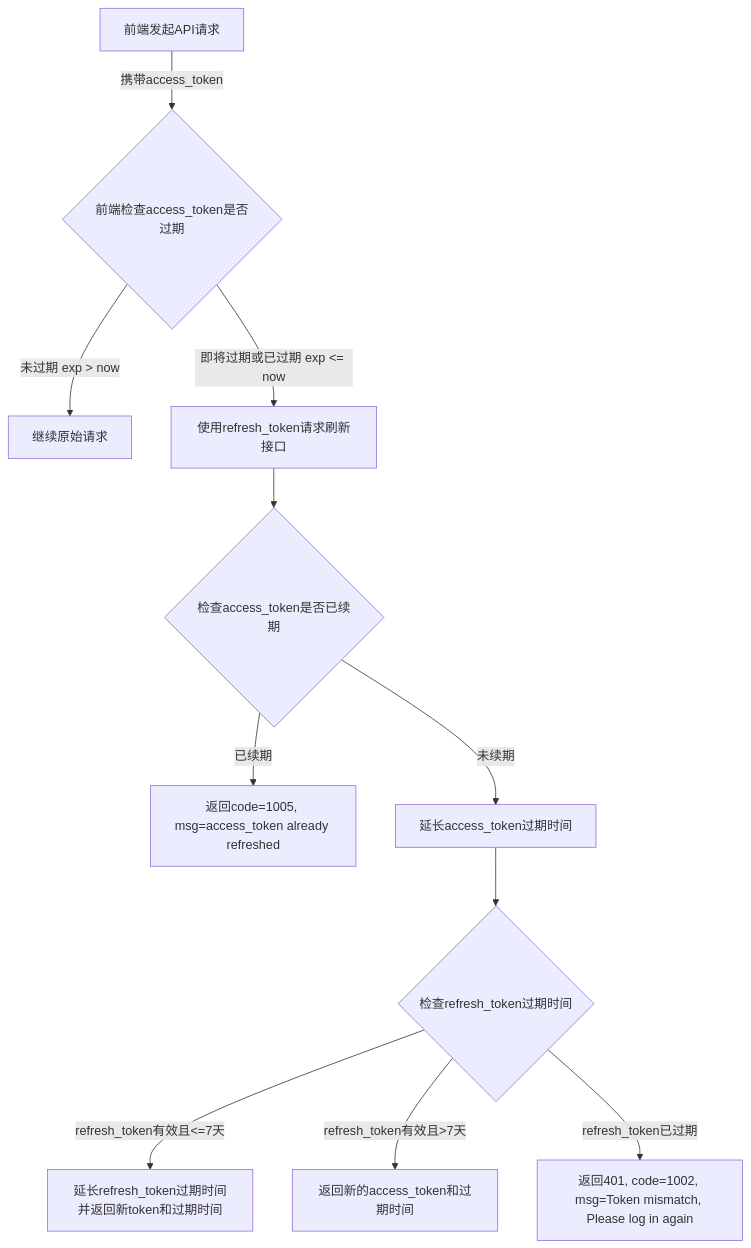
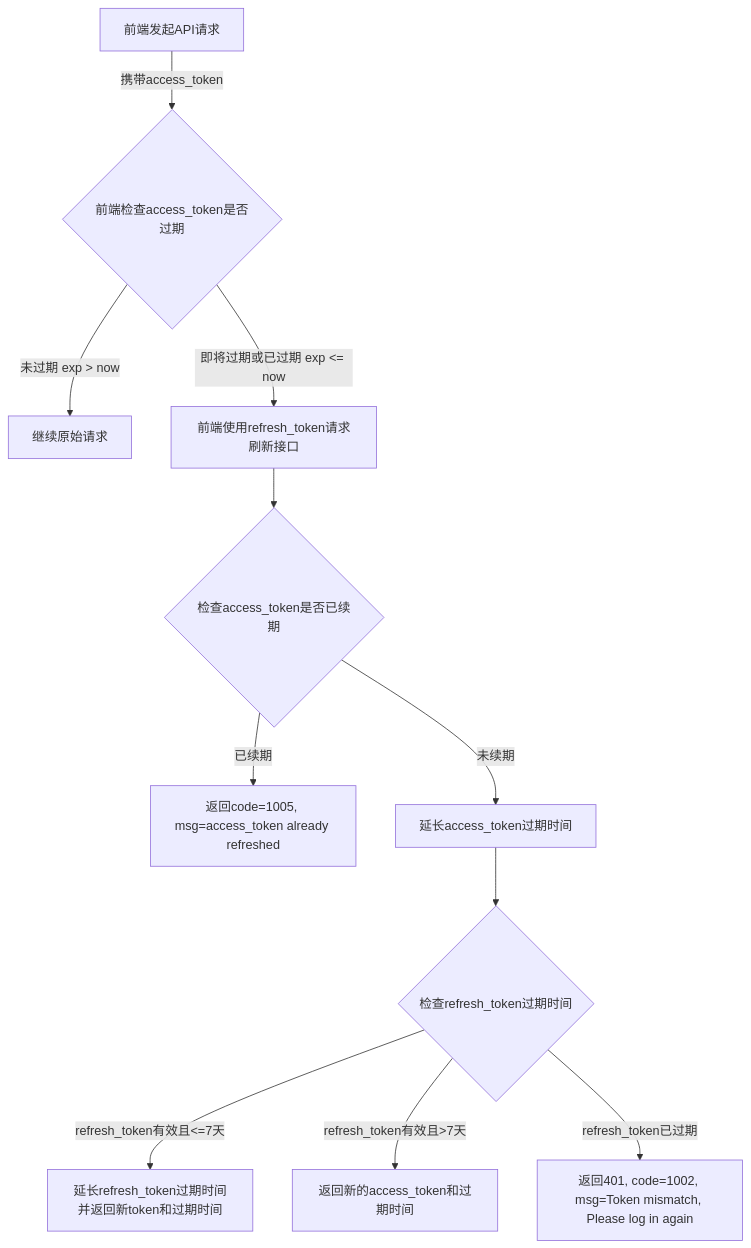
The diagram in all/openAPI-17.md (yingjianzh/iodraw-files), drawn with Mermaid before and after one commit.

Commit message:
2025-01-08 18:27:17 update

````diff
--- a/all/openAPI-17.md
+++ b/all/openAPI-17.md
@@ -1,14 +1,14 @@
 ```mermaid
 flowchart TD
     A[前端发起API请求] -->|携带access_token| B{前端检查access_token是否过期}
     B -->|未过期 exp > now| C[继续原始请求]
-    B -->|即将过期或已过期 exp <= now| D[使用refresh_token请求刷新接口]
+    B -->|即将过期或已过期 exp <= now| D[前端使用refresh_token请求刷新接口]
     D --> E{检查access_token是否已续期}
     E -->|已续期| F[返回code=1005, msg=access_token already refreshed]
     E -->|未续期| G[延长access_token过期时间]
     G --> H{检查refresh_token过期时间}
     H -->|refresh_token有效且<=7天| I[延长refresh_token过期时间并返回新token和过期时间]
     H -->|refresh_token有效且>7天| J[返回新的access_token和过期时间]
     H -->|refresh_token已过期| K[返回401, code=1002, msg=Token mismatch, Please log in again]
 
 ```
````
